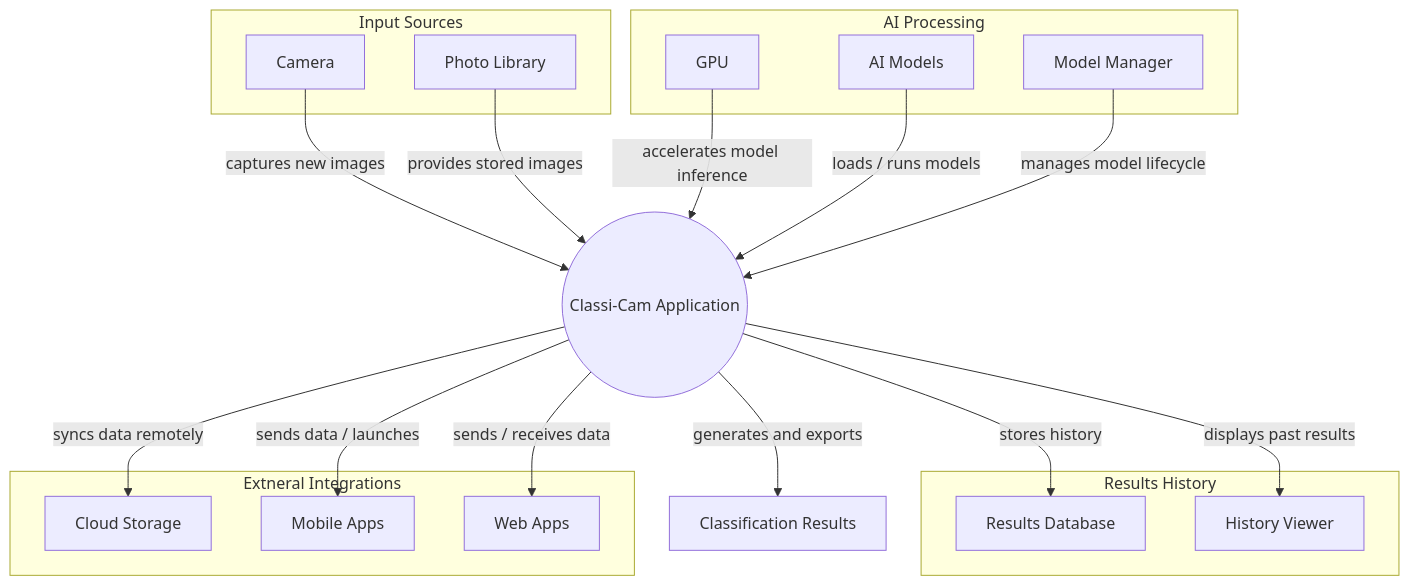
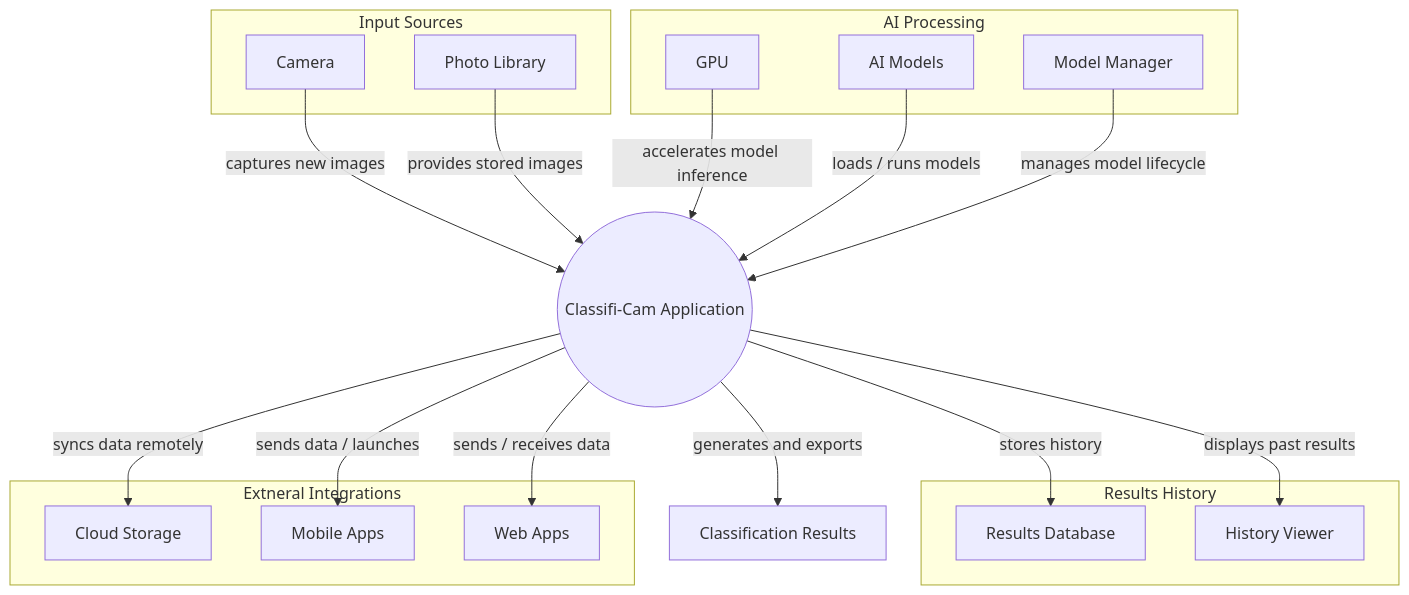
One commit to glwagnerii/sweng-894-capstone changed the diagram in docs/architecture/md/2.2-context.md. Above: the diagram before and after it, drawn with Mermaid. The commit also changed other lines of this file and 52 other files, not shown here.

````diff
--- a/docs/architecture/md/2.2-context.md
+++ b/docs/architecture/md/2.2-context.md
@@ -6,41 +6,41 @@
 ```mermaid
 graph TB
 
     subgraph Input Sources
         camera[Camera]
         photo_lib[Photo Library]
     end
-    camera --> |captures new images| Classi-Cam
-    photo_lib --> |provides stored images| Classi-Cam
+    camera --> |captures new images| Classifi-Cam
+    photo_lib --> |provides stored images| Classifi-Cam
 
     subgraph AI Processing
         gpu[GPU]
         ai_model[AI Models]
         model_mgr[Model Manager]
     end
-    gpu --> |accelerates model inference| Classi-Cam
-    ai_model --> |loads / runs models| Classi-Cam
-    model_mgr --> |manages model lifecycle| Classi-Cam
+    gpu --> |accelerates model inference| Classifi-Cam
+    ai_model --> |loads / runs models| Classifi-Cam
+    model_mgr --> |manages model lifecycle| Classifi-Cam
 
-    Classi-Cam((Classi-Cam Application))
+    Classifi-Cam((Classifi-Cam Application))
 
     results[Classification Results]
-    Classi-Cam --> |generates and exports| results
+    Classifi-Cam --> |generates and exports| results
 
     subgraph Results History
         results_db[Results Database]
         hist_viewer[History Viewer]
     end
-    Classi-Cam --> |stores history| results_db
-    Classi-Cam --> |displays past results| hist_viewer
+    Classifi-Cam --> |stores history| results_db
+    Classifi-Cam --> |displays past results| hist_viewer
 
     subgraph Extneral Integrations
         cloud[Cloud Storage]
         mobile_app[Mobile Apps]
         web_app[Web Apps]
     end
-    Classi-Cam --> |syncs data remotely| cloud
-    Classi-Cam --> |sends data / launches| mobile_app
-    Classi-Cam --> |sends / receives data| web_app
+    Classifi-Cam --> |syncs data remotely| cloud
+    Classifi-Cam --> |sends data / launches| mobile_app
+    Classifi-Cam --> |sends / receives data| web_app
 
 ```
````
